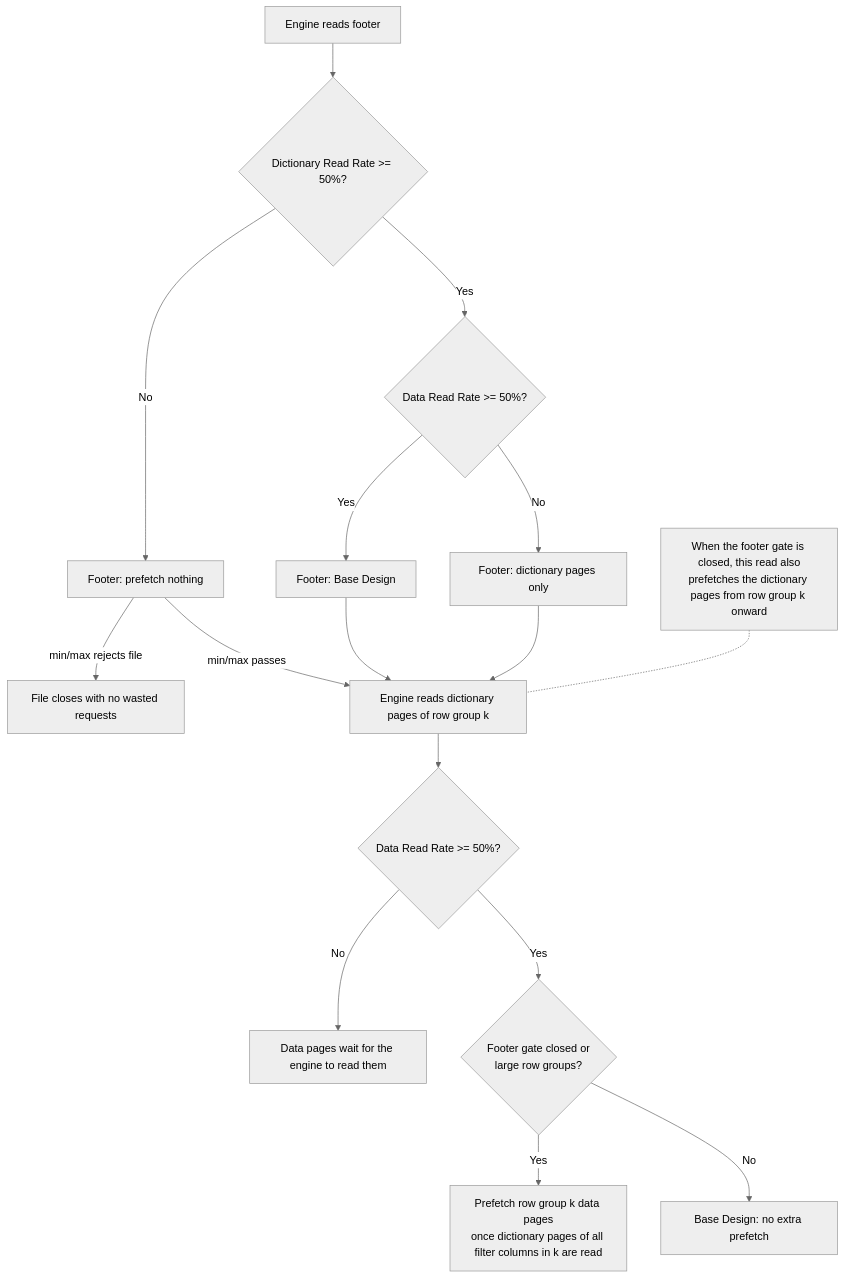
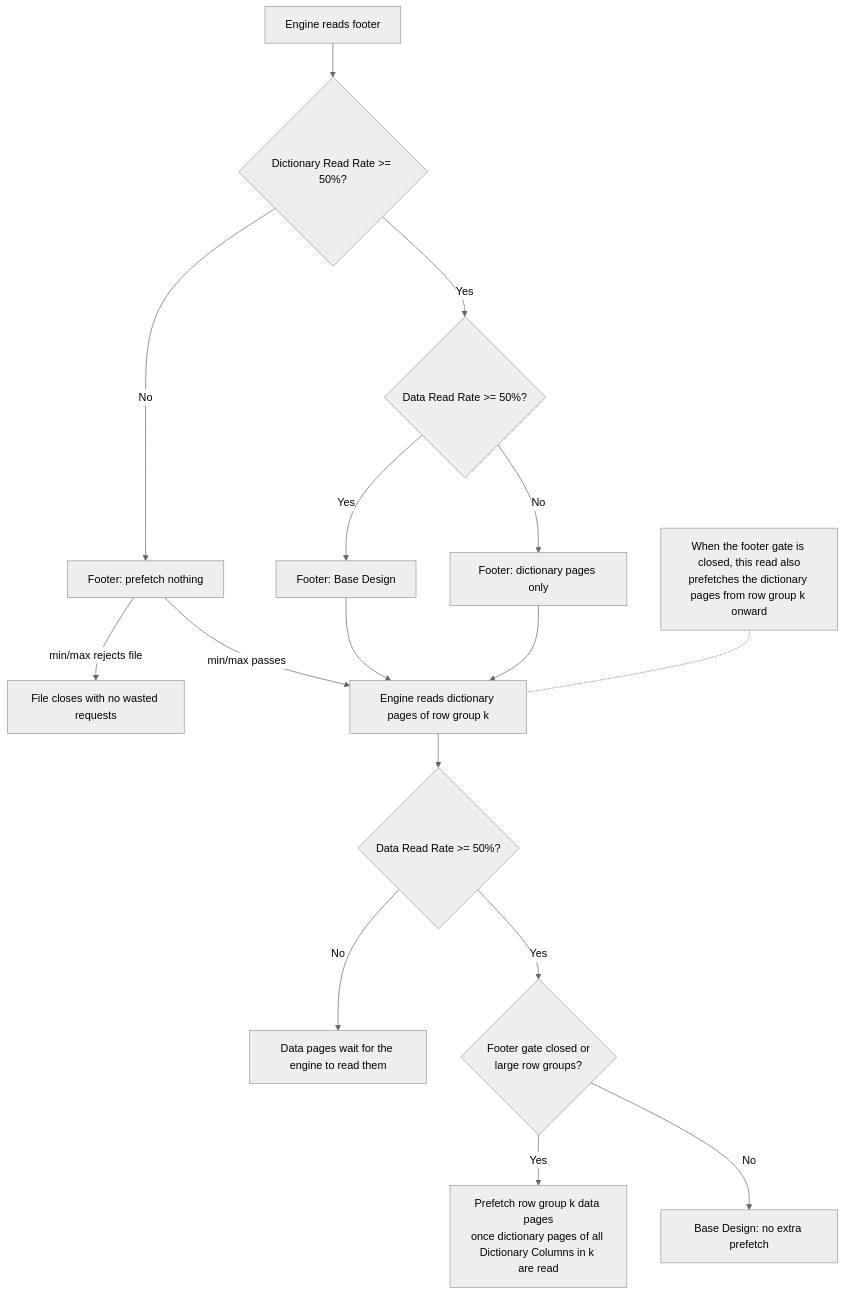
Before and after one commit to prudhvimaharishi/gcs-analytics-core: the fifth of 8 diagrams in .agents/predictive_prefetching_design_doc.md, drawn with Mermaid (neutral theme). The commit also changed other lines of this file, not shown here.

Commit message:
docs: describe prefetch cases by Dictionary Columns instead of WHERE

````diff
--- a/.agents/predictive_prefetching_design_doc.md
+++ b/.agents/predictive_prefetching_design_doc.md
@@ -249,19 +249,19 @@
 ```mermaid
 flowchart TD
     Footer["Engine reads footer"] --> G1{"Dictionary Read Rate >= 50%?"}
     G1 -- "Yes" --> G2{"Data Read Rate >= 50%?"}
     G2 -- "Yes" --> FBase["Footer: Base Design"]
     G2 -- "No" --> FDict["Footer: dictionary pages only"]
     G1 -- "No" --> FNone["Footer: prefetch nothing"]
     FNone -- "min/max rejects file" --> Closed["File closes with no wasted requests"]
     FNone -- "min/max passes" --> Dict["Engine reads dictionary pages of row group k"]
     FBase --> Dict
     FDict --> Dict
     Dict --> G3{"Data Read Rate >= 50%?"}
     G3 -- "No" --> Hold["Data pages wait for the engine to read them"]
     G3 -- "Yes" --> G4{"Footer gate closed or<br/>large row groups?"}
-    G4 -- "Yes" --> DataK["Prefetch row group k data pages<br/>once dictionary pages of all filter columns in k are read"]
+    G4 -- "Yes" --> DataK["Prefetch row group k data pages<br/>once dictionary pages of all Dictionary Columns in k are read"]
     G4 -- "No" --> Base["Base Design: no extra prefetch"]
     NoteDict["When the footer gate is closed, this read also<br/>prefetches the dictionary pages from row group k onward"]
     NoteDict -.- Dict
 ```
````
